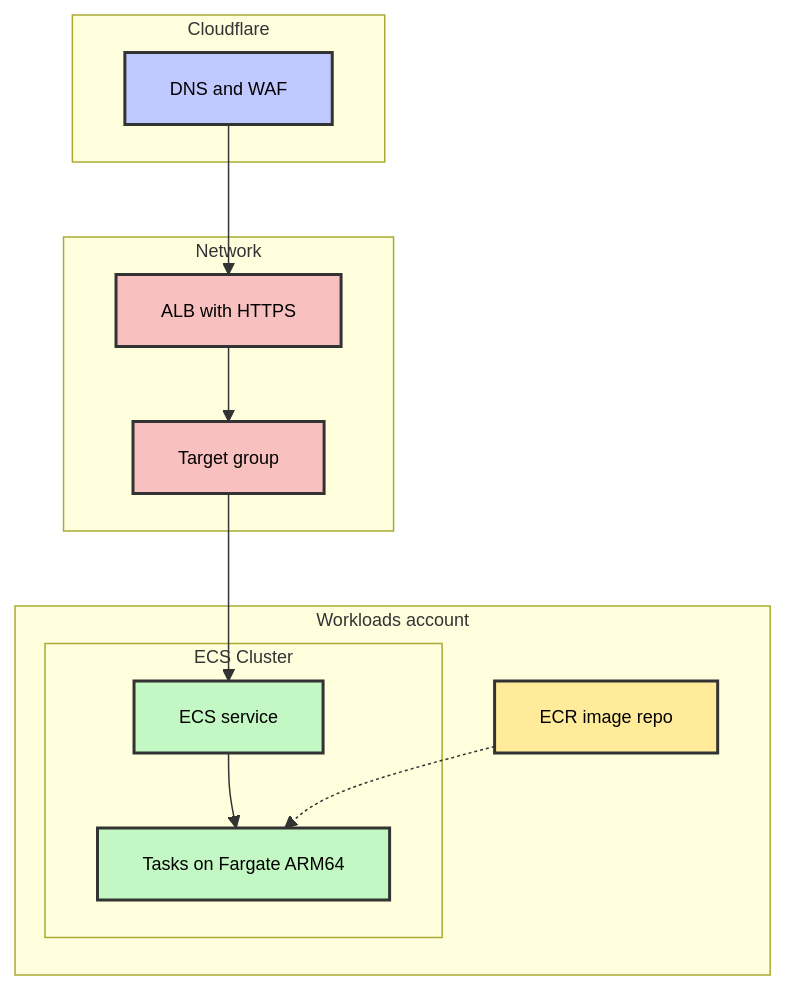
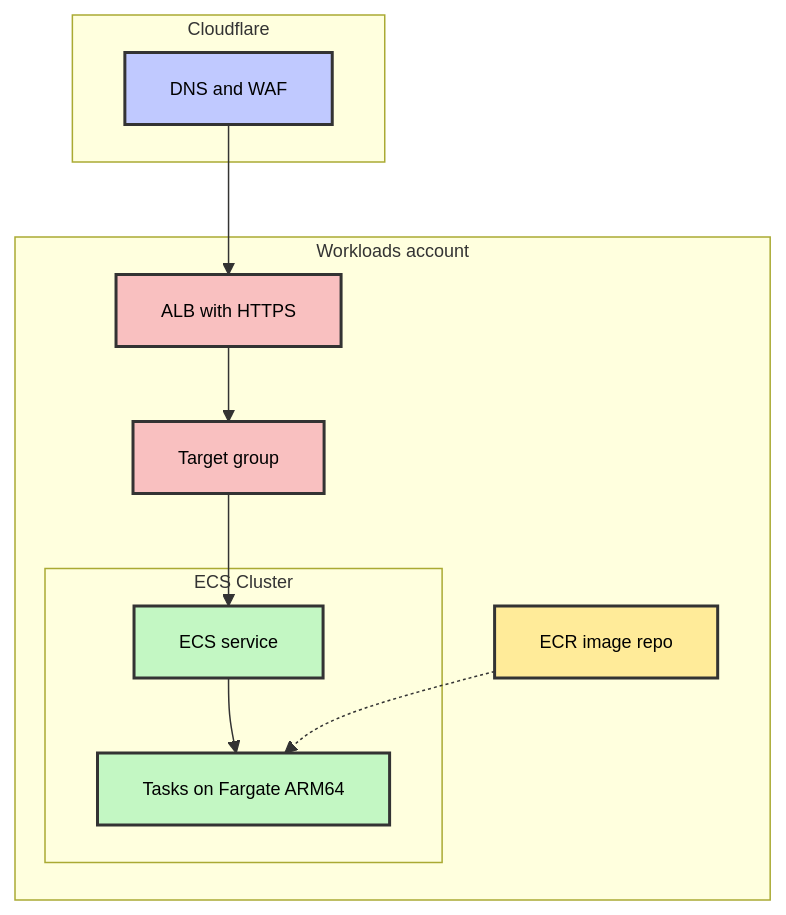
The second of 2 diagrams in paved-roads/aws-ecs-application-deployment.md (tonyellard/paved-roads), drawn with Mermaid before and after one commit.

Commit message:
docs: place ALB and target group in workloads account

````diff
--- a/paved-roads/aws-ecs-application-deployment.md
+++ b/paved-roads/aws-ecs-application-deployment.md
@@ -40,33 +40,30 @@
 ```mermaid
 %%{init: {'themeVariables': { 'fontSize': '12px' }}}%%
 graph TD
    subgraph Cloudflare
       CF[DNS and WAF]
    end
 
-   subgraph Network
+   subgraph Workloads account
       ALB[ALB with HTTPS]
       TG[Target group]
-   end
-
-   subgraph Workloads account
       subgraph ECS Cluster
          SVC[ECS service]
          TASKS[Tasks on Fargate ARM64]
       end
       ECR[ECR image repo]
    end
 
    CF --> ALB
    ALB --> TG
    TG --> SVC
    SVC --> TASKS
    ECR -.-> TASKS
 
    style CF fill:#c0c9ff,stroke:#333,stroke-width:2px,color:#000
    style ALB fill:#f9c0c0,stroke:#333,stroke-width:2px,color:#000
    style TG fill:#f9c0c0,stroke:#333,stroke-width:2px,color:#000
    style SVC fill:#c3f7c3,stroke:#333,stroke-width:2px,color:#000
    style TASKS fill:#c3f7c3,stroke:#333,stroke-width:2px,color:#000
    style ECR fill:#ffeb99,stroke:#333,stroke-width:2px,color:#000
 ```
````
